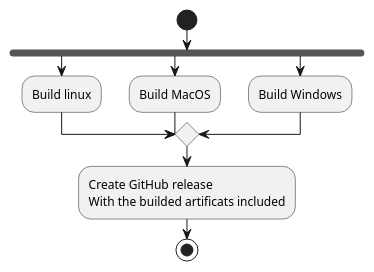
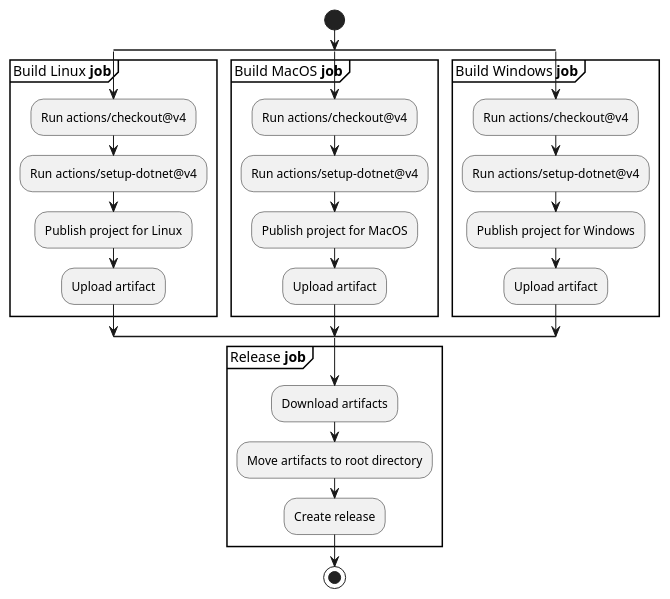
The diagram in docs/diagrams/build-release-workflow.pu (ITU-BDSA2024-GROUP17/Chirp), drawn with PlantUML before and after one commit. The commit also changed 2 other files, not shown here.

Commit message:
Update diagrams

```diff
--- a/docs/diagrams/build-release-workflow.pu
+++ b/docs/diagrams/build-release-workflow.pu
@@ -1,13 +1,31 @@
 @startuml build-release-workflow
 start
-fork
-  :Build linux;
-fork again
-  :Build MacOS;
-fork again
-  :Build Windows;
-end merge
-:Create GitHub release
-With the builded artificats included;
+split
+    partition Build Linux **job** {
+        :Run actions/checkout@v4;
+        :Run actions/setup-dotnet@v4;
+        :Publish project for Linux;
+        :Upload artifact;
+    }
+split again
+    partition Build MacOS **job** {
+        :Run actions/checkout@v4;
+        :Run actions/setup-dotnet@v4;
+        :Publish project for MacOS;
+        :Upload artifact;
+    }
+split again
+    partition Build Windows **job** {
+        :Run actions/checkout@v4;
+        :Run actions/setup-dotnet@v4;
+        :Publish project for Windows;
+        :Upload artifact;
+    }
+end split
+partition Release **job** {
+    :Download artifacts;
+    :Move artifacts to root directory;
+    :Create release;
+}
 stop
 @enduml
```
